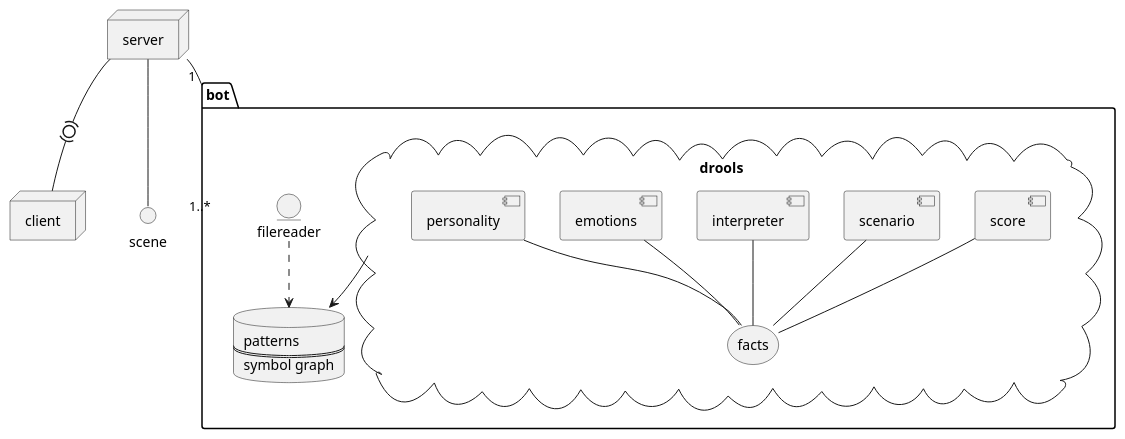
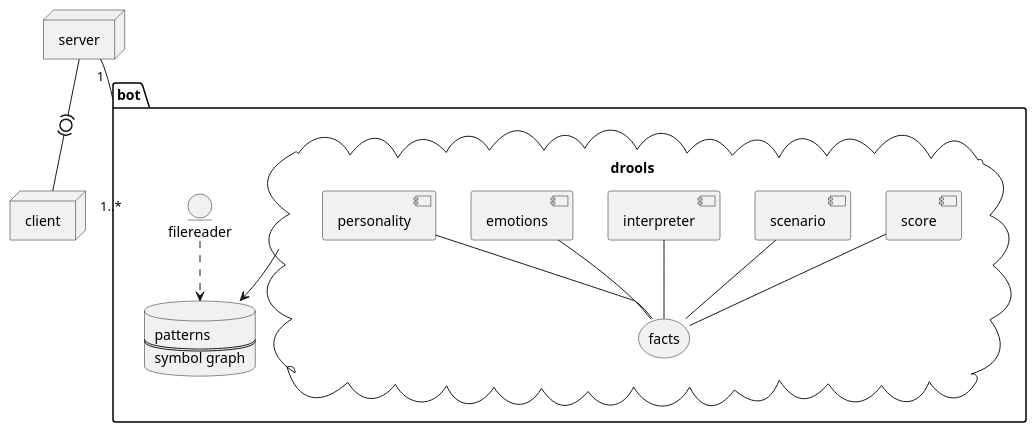
The ninth of 26 diagrams in thesis/thesis.org (jappeace/methods-homework), drawn with PlantUML before and after one commit. The commit also changed other lines of this file and 1 other file, not shown here.

Commit message:
Added a description for global architecture

```diff
--- a/thesis/thesis.org
+++ b/thesis/thesis.org
@@ -2710,32 +2709,30 @@
 #+BEGIN_SRC plantuml :cache yes :file img/uml/architecture-concept.png :exports results
-
-  folder bot{
+  package bot{
     cloud drools {
       component score
       component scenario
       component interpreter
       storage facts
       scenario -- facts
       interpreter -- facts
       score -- facts
       component emotions
       component personality
       emotions -- facts
       personality -- facts
     }
     database meanings [
       patterns
       ====
       symbol graph
     ]
     entity filereader
     filereader ..> meanings
     drools --> meanings
   }
   node server
   node client
 
   server "1"-- "1..*" bot
-  server  -- scene
   server  -(0)- client
 #+END_SRC
```
